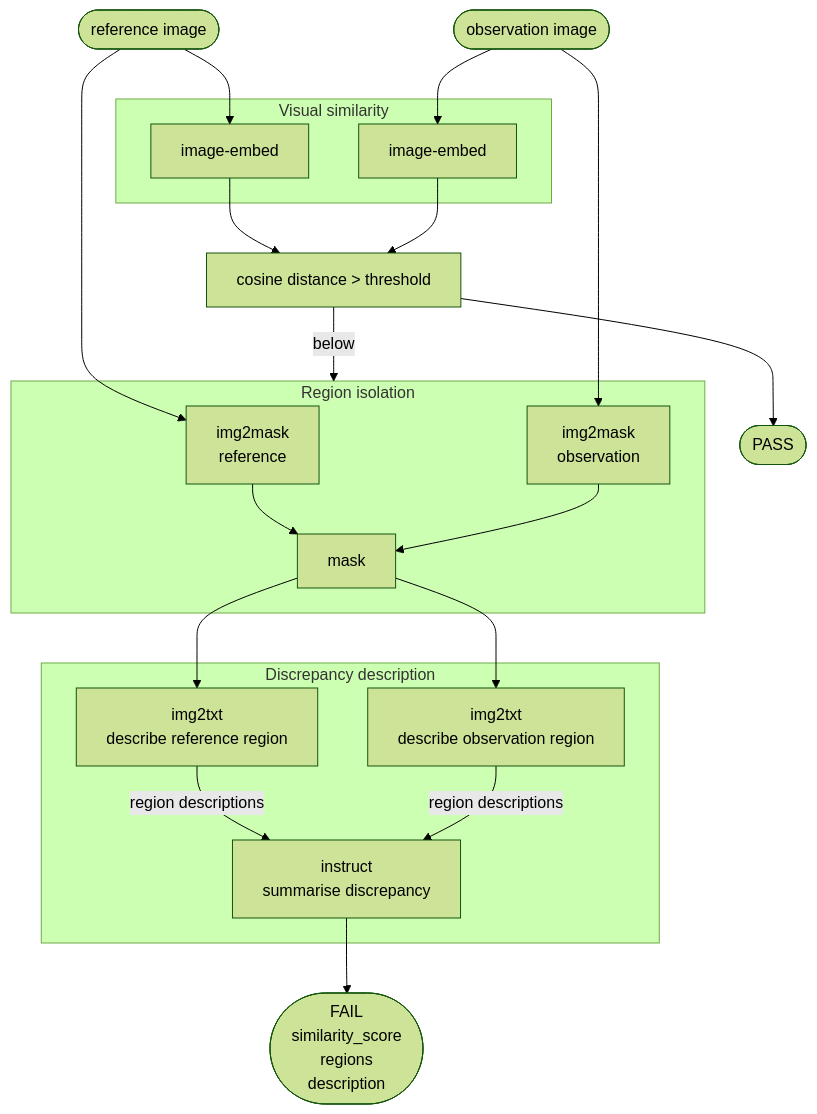
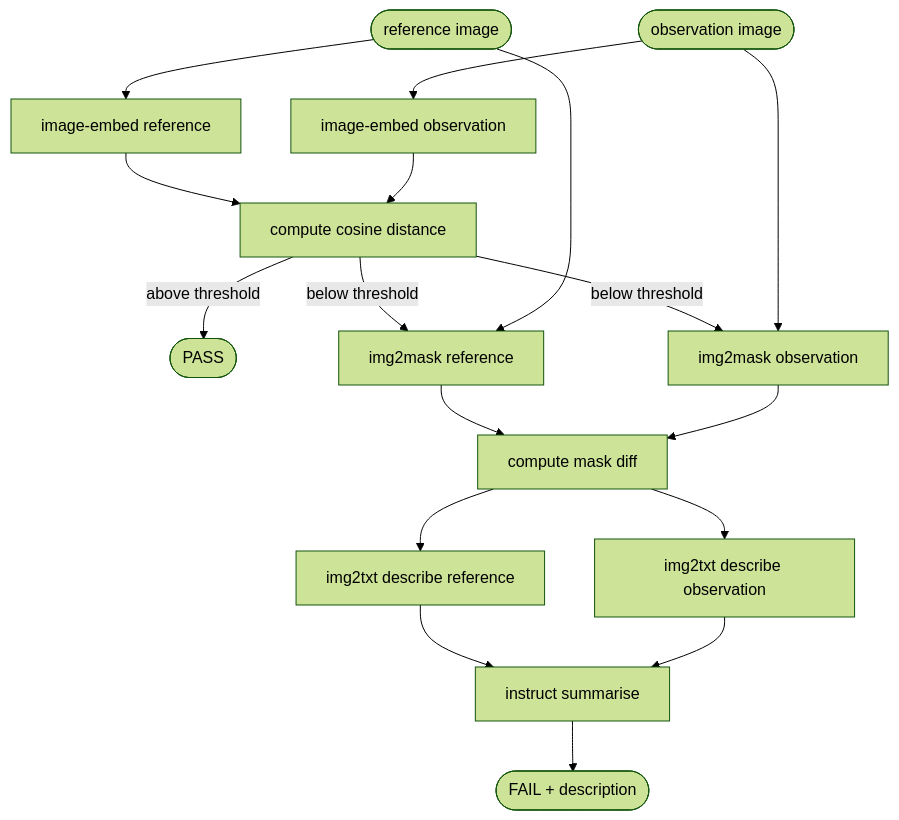
One commit to bayinfosys/marigold changed the second of 3 diagrams in EXAMPLES.md. Above: the diagram before and after it, drawn with Mermaid (forest theme). The commit also changed other lines of this file and 50 other files, not shown here.

````diff
--- a/EXAMPLES.md
+++ b/EXAMPLES.md
@@ -317,40 +429,28 @@
 ```mermaid
 flowchart TD
     REF([reference image])
     OBS([observation image])
-
-    subgraph EMBED[Visual similarity]
-        E1[image-embed]
-        E2[image-embed]
-    end
-
-    SIM[cosine distance > threshold]
-
-    subgraph SEGMENT[Region isolation]
-        S1[img2mask<br />reference]
-        S2[img2mask<br />observation]
-        S3[mask]
-    end
-
-    subgraph DESCRIBE[Discrepancy description]
-        D1[img2txt<br />describe reference region]
-        D2[img2txt<br />describe observation region]
-        D3[instruct<br />summarise discrepancy]
-    end
-
+    E1[image-embed reference]
+    E2[image-embed observation]
+    SIM[compute cosine distance]
     PASS([PASS])
-    FAIL([FAIL<br />similarity_score<br />regions<br />description])
+    S1[img2mask reference]
+    S2[img2mask observation]
+    DIFF[compute mask diff]
+    D1[img2txt describe reference]
+    D2[img2txt describe observation]
+    D3[instruct summarise]
+    FAIL([FAIL + description])
 
     REF --> E1
     OBS --> E2
     E1 & E2 --> SIM
-    SIM --> PASS
-    SIM -->|below| SEGMENT
+    SIM -->|above threshold| PASS
+    SIM -->|below threshold| S1 & S2
     REF --> S1
     OBS --> S2
-    S1 & S2 --> S3
-    S3 --> D1
-    S3 --> D2
-    D1 & D2 -->|region descriptions| D3
+    S1 & S2 --> DIFF
+    DIFF --> D1 & D2
+    D1 & D2 --> D3
     D3 --> FAIL
 ```
````
